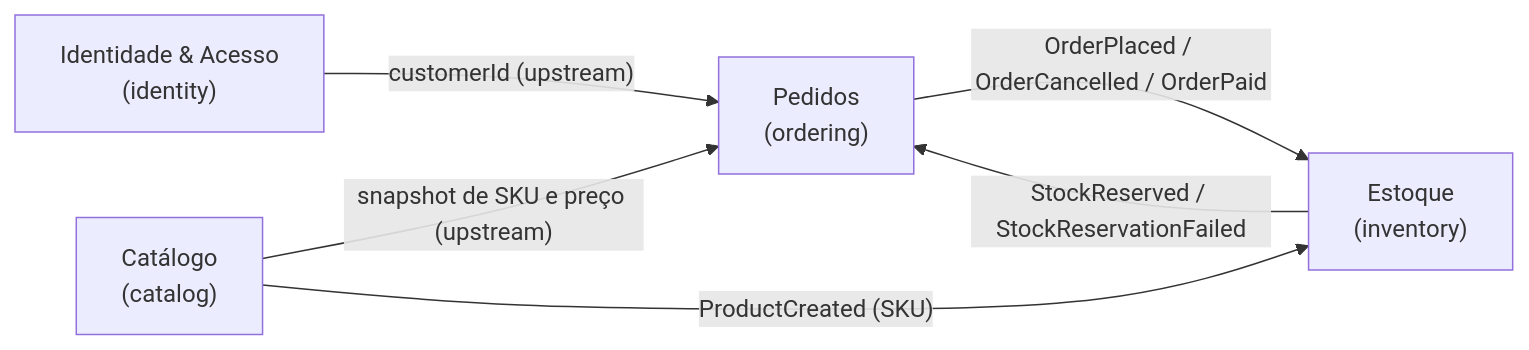
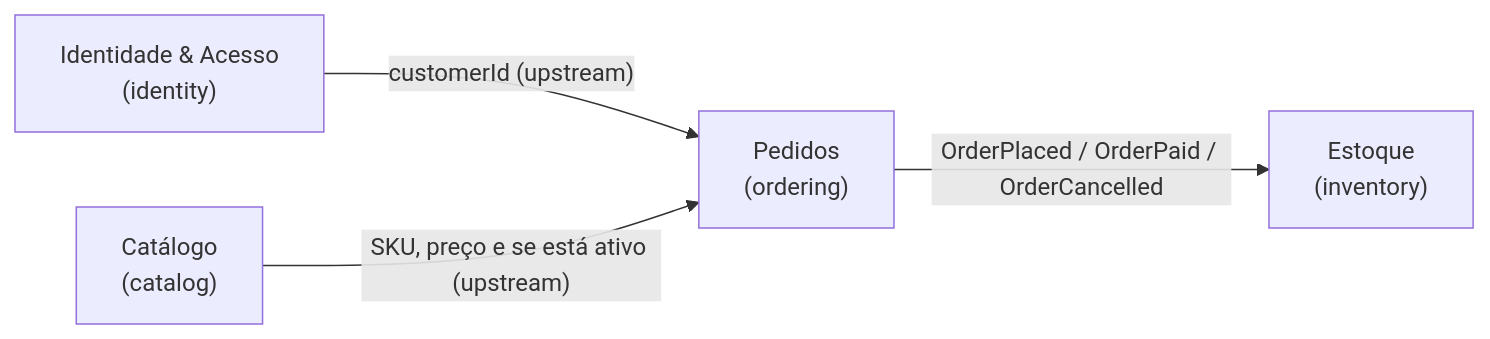
One commit to aluiziodeveloper/api-loja-agil changed the diagram in docs/context-map.md. Above: the diagram before and after it, drawn with Mermaid. The commit also changed other lines of this file and 7 other files, not shown here.

First line of the commit message:
feat(integration): connect inventory to order events (#78)

````diff
--- a/docs/context-map.md
+++ b/docs/context-map.md
@@ -3,13 +3,11 @@
 ```mermaid
 flowchart LR
   identity["Identidade & Acesso<br/>(identity)"]
   catalog["Catálogo<br/>(catalog)"]
   inventory["Estoque<br/>(inventory)"]
   ordering["Pedidos<br/>(ordering)"]
 
   identity -- "customerId (upstream)" --> ordering
-  catalog -- "snapshot de SKU e preço (upstream)" --> ordering
-  ordering -- "OrderPlaced / OrderCancelled / OrderPaid" --> inventory
-  inventory -- "StockReserved / StockReservationFailed" --> ordering
-  catalog -- "ProductCreated (SKU)" --> inventory
+  catalog -- "SKU, preço e se está ativo (upstream)" --> ordering
+  ordering -- "OrderPlaced / OrderPaid / OrderCancelled" --> inventory
 ```
````
